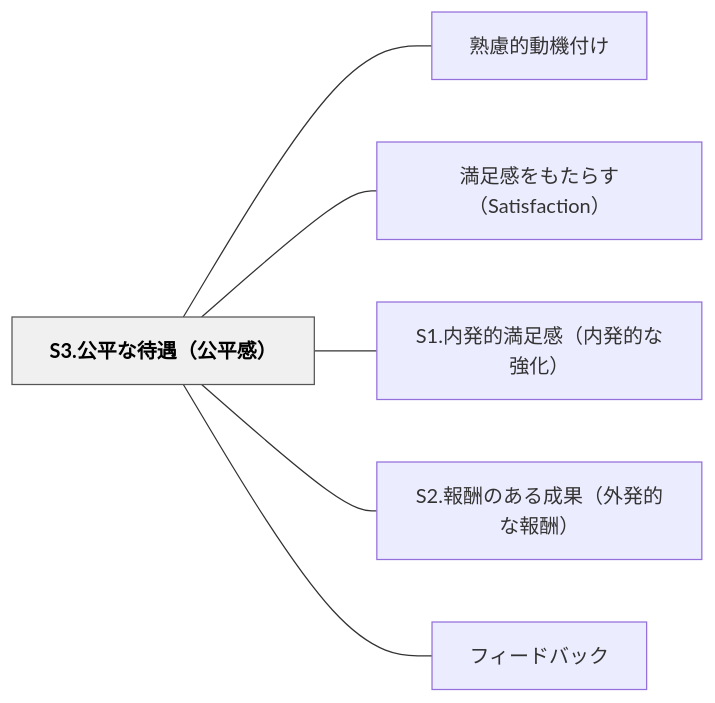
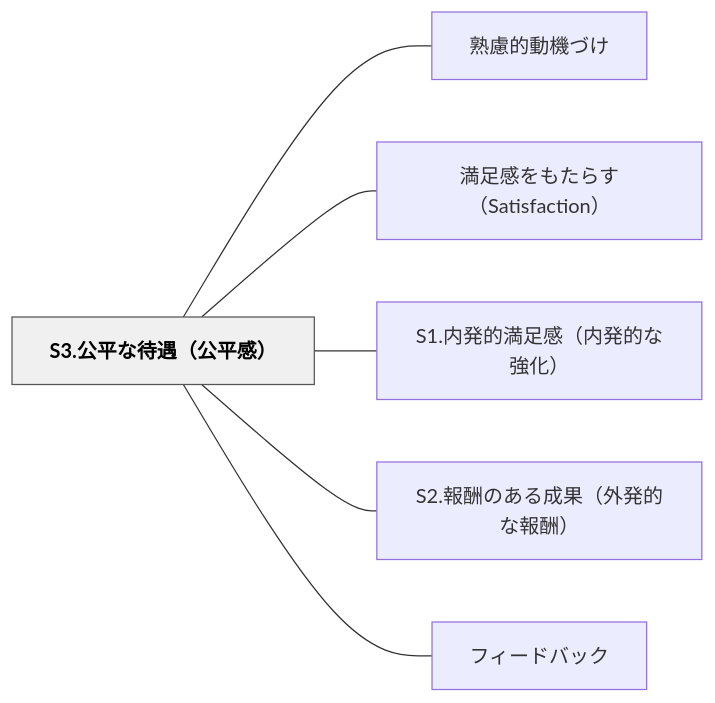
One commit to unknownthings-ed-patterns/unknownthings-ed-patterns changed the diagram in content/パタン/S3.公平な待遇（公平感）.md. Above: the diagram before and after it, drawn with Mermaid. The commit also changed other lines of this file and 234 other files, not shown here.

````diff
--- a/content/パタン/S3.公平な待遇（公平感）.md
+++ b/content/パタン/S3.公平な待遇（公平感）.md
@@ -37,18 +37,18 @@
 ```mermaid
 flowchart LR
     n53332ee585ace5b9b3e381aae5be85e98187efbc88e585ace5b9b3e6849fefbc89["S3.公平な待遇（公平感）"]
-    ne7869fe685aee79a84e58b95e6a99fe4bb98e38191["熟慮的動機付け"]
+    ne7869fe685aee79a84e58b95e6a99fe381a5e38191["熟慮的動機づけ"]
     ne6ba80e8b6b3e6849fe38292e38282e3819fe38289e38199efbc88536174697366616374696f6eefbc89["満足感をもたらす（Satisfaction）"]
     n53312ee58685e799bae79a84e6ba80e8b6b3e6849fefbc88e58685e799bae79a84e381aae5bcb7e58c96efbc89["S1.内発的満足感（内発的な強化）"]
     n53322ee5a0b1e985ace381aee38182e3828be68890e69e9cefbc88e5a496e799bae79a84e381aae5a0b1e985acefbc89["S2.報酬のある成果（外発的な報酬）"]
     ne38395e382a3e383bce38389e38390e38383e382af["フィードバック"]
 
-    n53332ee585ace5b9b3e381aae5be85e98187efbc88e585ace5b9b3e6849fefbc89 --- ne7869fe685aee79a84e58b95e6a99fe4bb98e38191
+    n53332ee585ace5b9b3e381aae5be85e98187efbc88e585ace5b9b3e6849fefbc89 --- ne7869fe685aee79a84e58b95e6a99fe381a5e38191
     n53332ee585ace5b9b3e381aae5be85e98187efbc88e585ace5b9b3e6849fefbc89 --- ne6ba80e8b6b3e6849fe38292e38282e3819fe38289e38199efbc88536174697366616374696f6eefbc89
     n53332ee585ace5b9b3e381aae5be85e98187efbc88e585ace5b9b3e6849fefbc89 --- n53312ee58685e799bae79a84e6ba80e8b6b3e6849fefbc88e58685e799bae79a84e381aae5bcb7e58c96efbc89
     n53332ee585ace5b9b3e381aae5be85e98187efbc88e585ace5b9b3e6849fefbc89 --- n53322ee5a0b1e985ace381aee38182e3828be68890e69e9cefbc88e5a496e799bae79a84e381aae5a0b1e985acefbc89
     n53332ee585ace5b9b3e381aae5be85e98187efbc88e585ace5b9b3e6849fefbc89 --- ne38395e382a3e383bce38389e38390e38383e382af
 
     classDef hub fill:#f0f0f0,stroke:#555,color:#000,font-weight:bold
     class n53332ee585ace5b9b3e381aae5be85e98187efbc88e585ace5b9b3e6849fefbc89 hub
 ```
````
